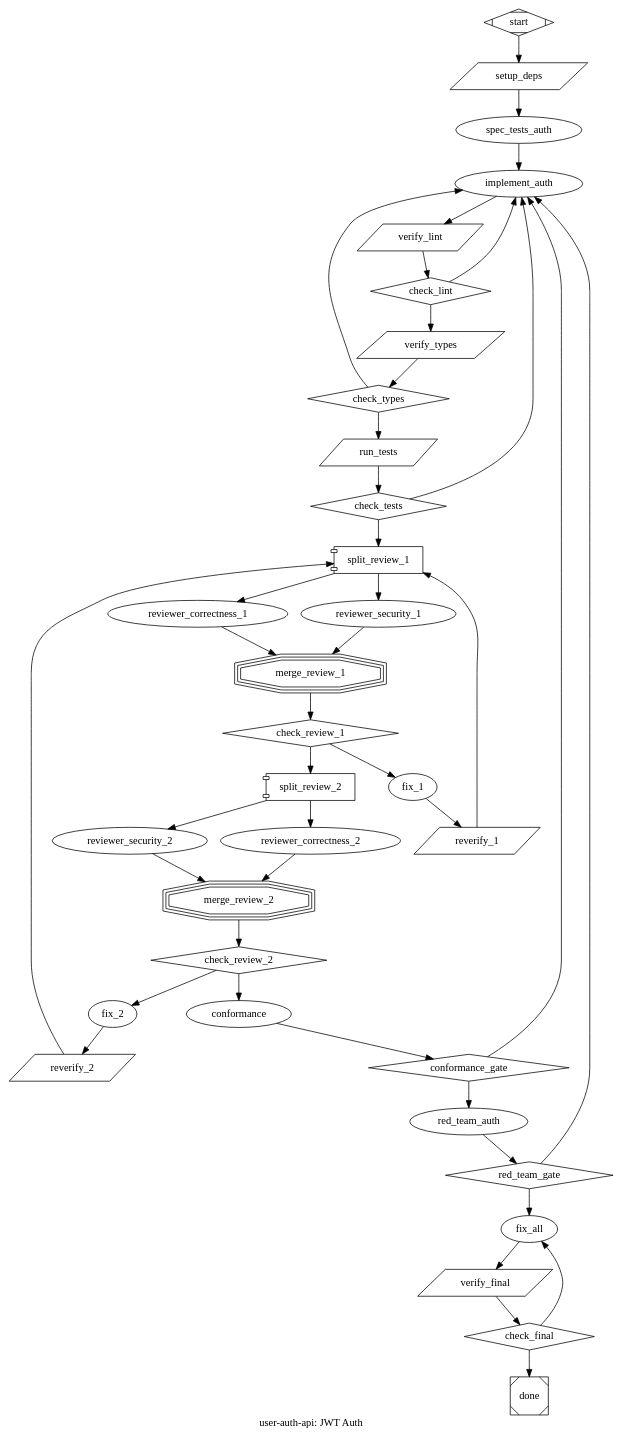
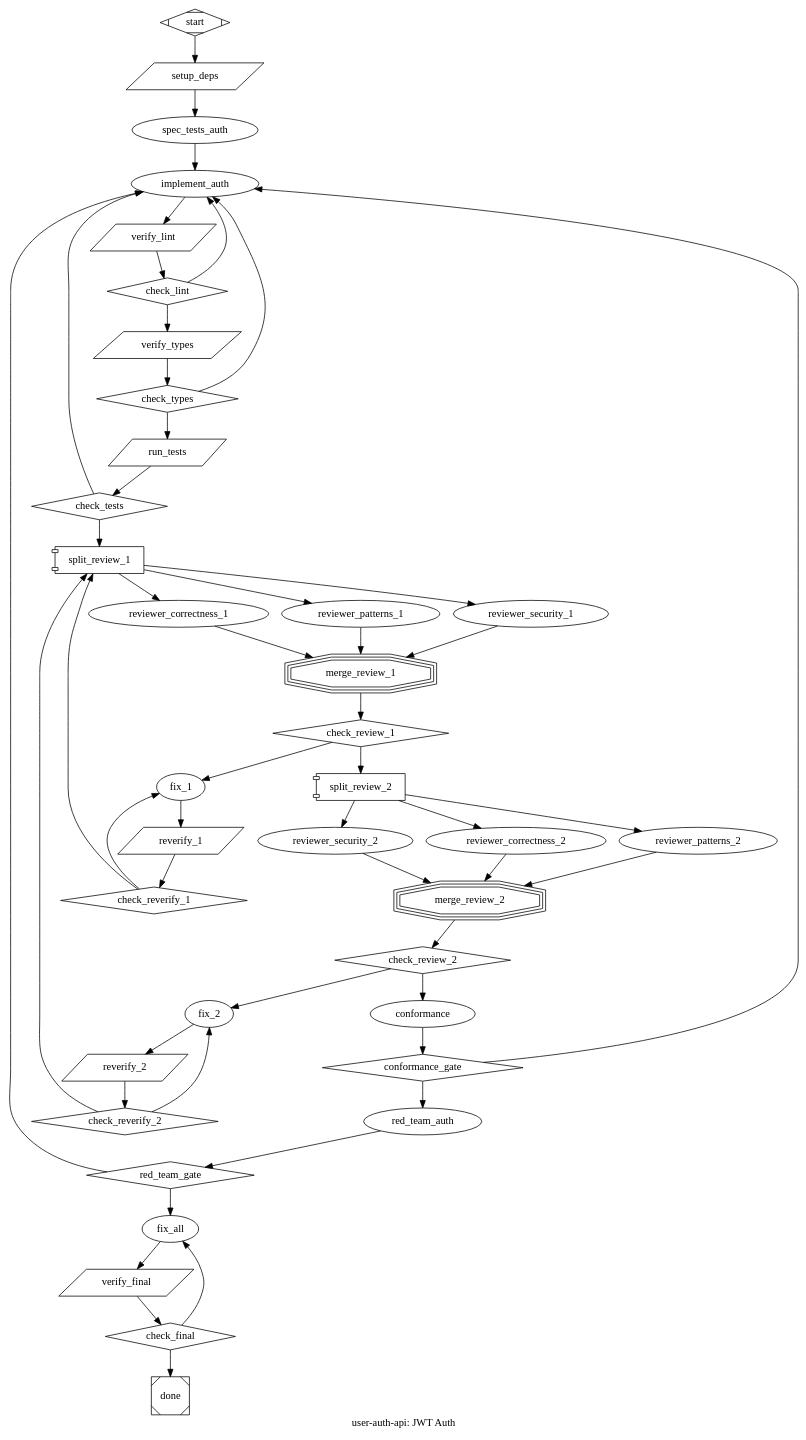
The third of 3 diagrams in .claude/commands/pickle-dot.md (aidesigner/pickle-rick-claude), drawn with Graphviz before and after one commit. The commit also changed other lines of this file and 80 other files, not shown here.

```diff
--- a/.claude/commands/pickle-dot.md
+++ b/.claude/commands/pickle-dot.md
@@ -146,8 +146,8 @@
     start [shape=Mdiamond]
     setup_deps [shape=parallelogram, tool_command="cd ${WORKING_DIR} && npm install 2>&1", timeout="120s"]
 
-    spec_tests_auth [class="review", prompt="Write failing tests for JWT auth. Cover: middleware rejects missing/expired/malformed tokens, login returns token on valid creds, 1h expiry, refresh rotation, bcrypt hashing, OWASP patterns. Run to confirm FAIL. Do NOT write production code.", goal_gate=true, retry_target="spec_tests_auth"]
-    implement_auth [goal_gate=true, retry_target="implement_auth", prompt="Make all failing auth tests pass. Do NOT modify test files. JWT middleware + login endpoint. 1h expiry, refresh rotation, bcrypt. OWASP patterns."]
+    spec_tests_auth [class="review", prompt="Write failing tests for JWT auth. Cover: middleware rejects missing/expired/malformed tokens, login returns token on valid creds, 1h expiry, refresh rotation, bcrypt hashing, OWASP patterns. Run to confirm FAIL. Do NOT write production code.", goal_gate=true, retry_target="spec_tests_auth", max_visits=5]
+    implement_auth [goal_gate=true, retry_target="implement_auth", prompt="Make all failing auth tests pass. Do NOT modify test files. JWT middleware + login endpoint. 1h expiry, refresh rotation, bcrypt. OWASP patterns.", max_visits=8]
 
     verify_lint [shape=parallelogram, tool_command="cd ${WORKING_DIR} && npm run lint 2>&1", max_visits=3]
     check_lint [shape=diamond]
@@ -159,19 +159,23 @@
     // Review ratchet — 2 consecutive clean passes (Pattern 19)
     split_review_1 [shape=component, max_parallel=1, join_policy="wait_all", error_policy="continue"]
     reviewer_correctness_1 [class="review", prompt="Correctness ONLY: logic errors, off-by-one, null handling, async. List issues with file:line."]
+    reviewer_patterns_1 [class="review", prompt="Patterns ONLY: anti-patterns, duplication, naming conventions, error handling consistency. List with file:line."]
     reviewer_security_1 [class="review", prompt="Security ONLY: token forgery, timing attacks, algorithm confusion, secrets exposure. List with file:line."]
     merge_review_1 [shape=tripleoctagon, class="review", prompt="Consolidate. BLOCKER or ADVISORY. CLEAN or DIRTY."]
     check_review_1 [shape=diamond]
     fix_1 [prompt="Fix all BLOCKERs. Also simplify: redundant logic, duplication, naming. Do NOT modify test files.", max_visits=5]
     reverify_1 [shape=parallelogram, tool_command="cd ${WORKING_DIR} && npm run lint 2>&1 && npx tsc --noEmit 2>&1 && npm test 2>&1"]
+    check_reverify_1 [shape=diamond]
 
     split_review_2 [shape=component, max_parallel=1, join_policy="wait_all", error_policy="continue"]
     reviewer_correctness_2 [class="review", prompt="Fresh correctness review of ALL code — assume nothing from prior reviews. List issues with file:line."]
+    reviewer_patterns_2 [class="review", prompt="Fresh patterns review of ALL code — assume nothing. Anti-patterns, duplication, naming, error handling. List with file:line."]
     reviewer_security_2 [class="review", prompt="Fresh security review of ALL code — assume nothing. All OWASP vectors. List with file:line."]
     merge_review_2 [shape=tripleoctagon, class="review", prompt="Consolidate. BLOCKER or ADVISORY. CLEAN or DIRTY."]
     check_review_2 [shape=diamond]
     fix_2 [prompt="Fix all BLOCKERs. Also simplify. Do NOT modify test files.", max_visits=5]
     reverify_2 [shape=parallelogram, tool_command="cd ${WORKING_DIR} && npm run lint 2>&1 && npx tsc --noEmit 2>&1 && npm test 2>&1"]
+    check_reverify_2 [shape=diamond]
 
     conformance [class="review", goal_gate=true, retry_target="implement_auth", prompt="Conformance audit: verify git diff addresses ALL requirements. Output PASS or FAIL with unmet requirements."]
     conformance_gate [shape=diamond]
@@ -203,19 +207,25 @@
 
     // Ratchet pass 1
     split_review_1 -> reviewer_correctness_1 -> merge_review_1
+    split_review_1 -> reviewer_patterns_1 -> merge_review_1
     split_review_1 -> reviewer_security_1 -> merge_review_1
     merge_review_1 -> check_review_1
     check_review_1 -> split_review_2 [condition="outcome=success", weight=2]
     check_review_1 -> fix_1 [condition="outcome=fail"]
-    fix_1 -> reverify_1 -> split_review_1
+    fix_1 -> reverify_1 -> check_reverify_1
+    check_reverify_1 -> split_review_1 [condition="outcome=success", weight=2]
+    check_reverify_1 -> fix_1 [condition="outcome=fail"]
 
     // Ratchet pass 2 — failure RESETS to pass 1
     split_review_2 -> reviewer_correctness_2 -> merge_review_2
+    split_review_2 -> reviewer_patterns_2 -> merge_review_2
     split_review_2 -> reviewer_security_2 -> merge_review_2
     merge_review_2 -> check_review_2
     check_review_2 -> conformance [condition="outcome=success", weight=2]
     check_review_2 -> fix_2 [condition="outcome=fail"]
-    fix_2 -> reverify_2 -> split_review_1
+    fix_2 -> reverify_2 -> check_reverify_2
+    check_reverify_2 -> split_review_1 [condition="outcome=success", weight=2]
+    check_reverify_2 -> fix_2 [condition="outcome=fail"]
 
     conformance -> conformance_gate
     conformance_gate -> red_team_auth [condition="outcome=success", weight=2]
```
